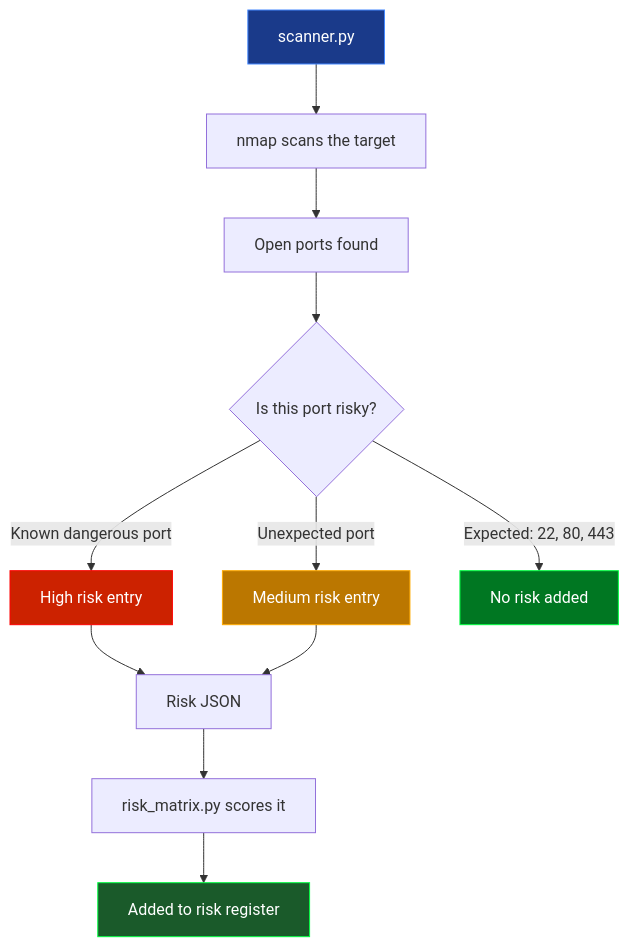
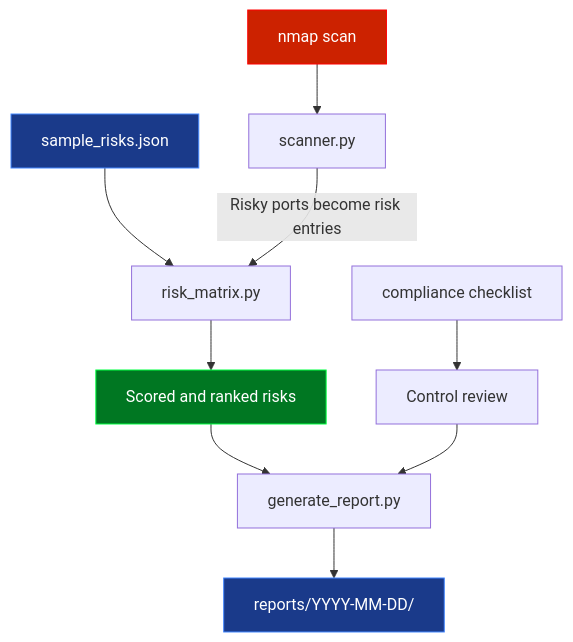
The second of 4 diagrams in README.md (Speed-boo3/grc-project), drawn with Mermaid before and after one commit. The commit also changed other lines of this file, not shown here.

````diff
--- a/README.md
+++ b/README.md
@@ -111,18 +79,16 @@
 ```mermaid
 flowchart TD
-    A[scanner.py] --> B[nmap scans the target]
-    B --> C[Open ports found]
-    C --> D{Is this port risky?}
-    D -->|Known dangerous port| E[High risk entry]
-    D -->|Unexpected port| F[Medium risk entry]
-    D -->|Expected: 22, 80, 443| G[No risk added]
-    E & F --> H[Risk JSON]
-    H --> I[risk_matrix.py scores it]
-    I --> J[Added to risk register]
+    A[sample_risks.json] --> B[risk_matrix.py]
+    C[nmap scan] --> D[scanner.py]
+    D -->|Risky ports become risk entries| B
+    B --> E[Scored and ranked risks]
+    F[compliance checklist] --> G[Control review]
+    E --> H[generate_report.py]
+    G --> H
+    H --> I[reports/YYYY-MM-DD/]
 
-    style E fill:#cc2200,stroke:#ff0000,color:#ffffff
-    style F fill:#bb7700,stroke:#ffaa00,color:#ffffff
-    style G fill:#007722,stroke:#00ff41,color:#ffffff
     style A fill:#1a3a8a,stroke:#4488ff,color:#ffffff
-    style J fill:#1a5a2a,stroke:#00ff41,color:#ffffff
+    style C fill:#cc2200,stroke:#ff0000,color:#ffffff
+    style E fill:#007722,stroke:#00ff41,color:#ffffff
+    style I fill:#1a3a8a,stroke:#4488ff,color:#ffffff
 ```
````
